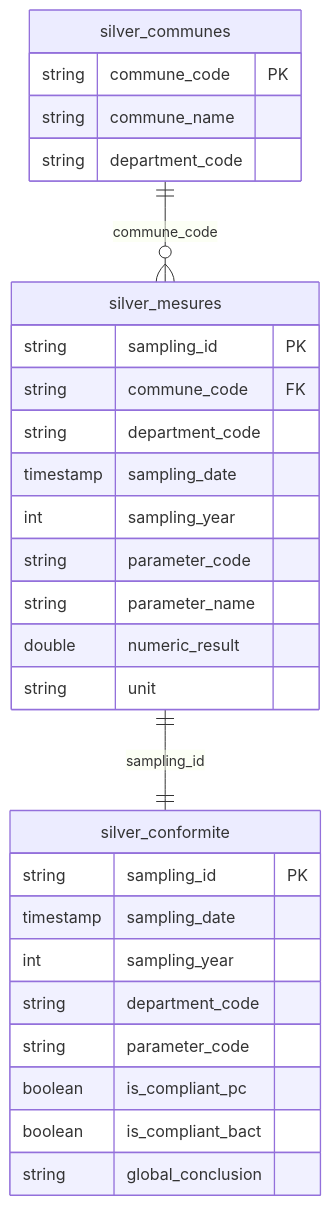
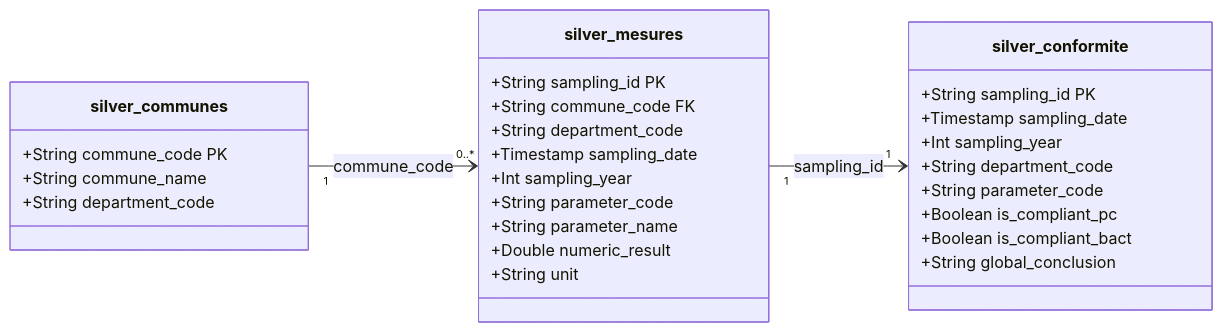
Before and after one commit to DVDJNBR/WTR_QLT: the fourth of 5 diagrams in README.md, drawn with Mermaid. The commit also changed other lines of this file, not shown here.

Commit message:
docs: schémas erDiagram → classDiagram direction LR (layout horizontal)

````diff
--- a/README.md
+++ b/README.md
@@ -230,32 +230,32 @@
 ```mermaid
-%%{init: {"er": {"layoutDirection": "LR"}} }%%
-erDiagram
-    silver_communes {
-        string commune_code PK
-        string commune_name
-        string department_code
+classDiagram
+    direction LR
+    class silver_communes {
+        +String commune_code PK
+        +String commune_name
+        +String department_code
     }
-    silver_mesures {
-        string sampling_id PK
-        string commune_code FK
-        string department_code
-        timestamp sampling_date
-        int sampling_year
-        string parameter_code
-        string parameter_name
-        double numeric_result
-        string unit
+    class silver_mesures {
+        +String sampling_id PK
+        +String commune_code FK
+        +String department_code
+        +Timestamp sampling_date
+        +Int sampling_year
+        +String parameter_code
+        +String parameter_name
+        +Double numeric_result
+        +String unit
     }
-    silver_conformite {
-        string sampling_id PK
-        timestamp sampling_date
-        int sampling_year
-        string department_code
-        string parameter_code
-        boolean is_compliant_pc
-        boolean is_compliant_bact
-        string global_conclusion
+    class silver_conformite {
+        +String sampling_id PK
+        +Timestamp sampling_date
+        +Int sampling_year
+        +String department_code
+        +String parameter_code
+        +Boolean is_compliant_pc
+        +Boolean is_compliant_bact
+        +String global_conclusion
     }
-    silver_communes ||--o{ silver_mesures : "commune_code"
-    silver_mesures ||--|| silver_conformite : "sampling_id"
+    silver_communes "1" --> "0..*" silver_mesures : commune_code
+    silver_mesures "1" --> "1" silver_conformite : sampling_id
 ```
````
